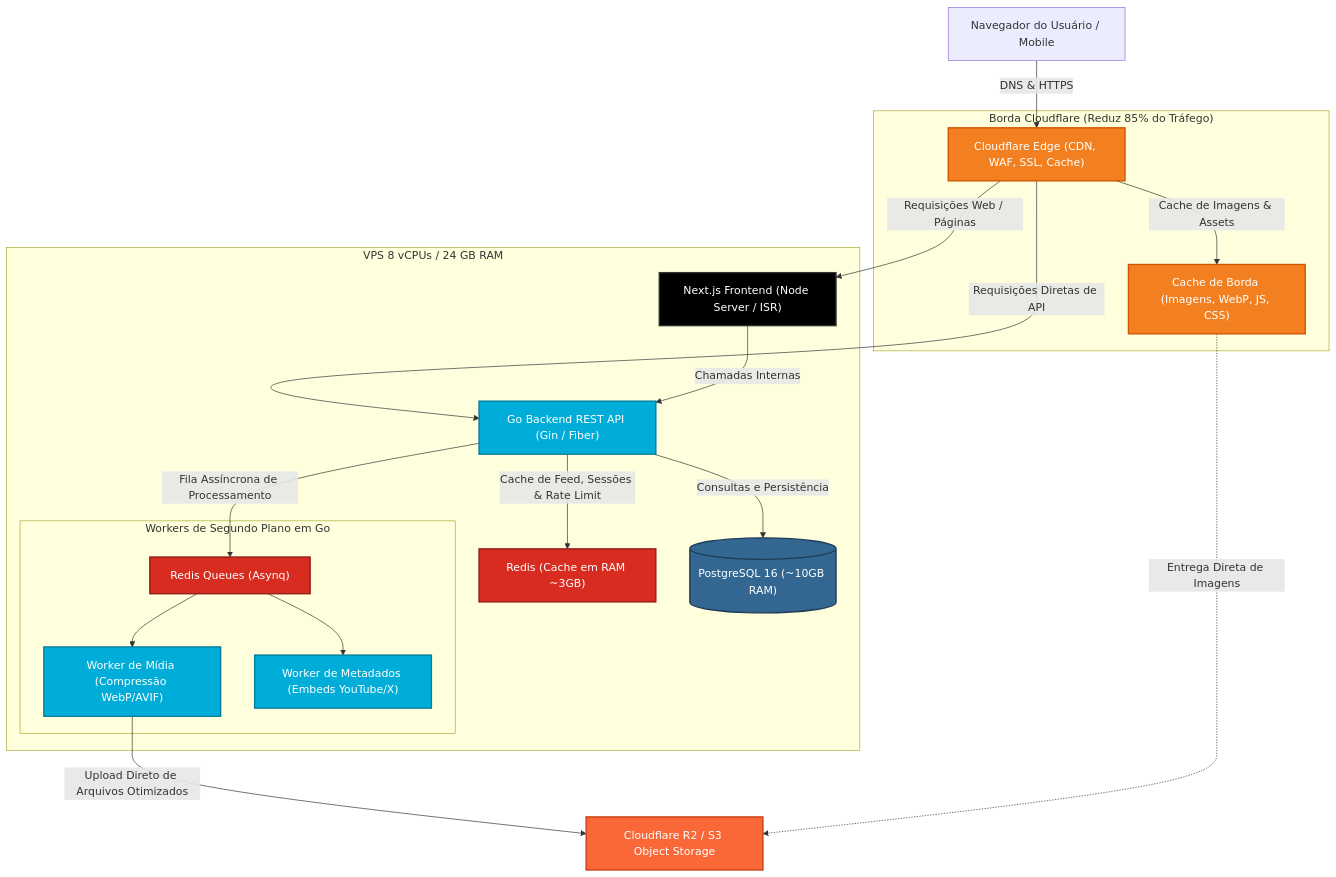
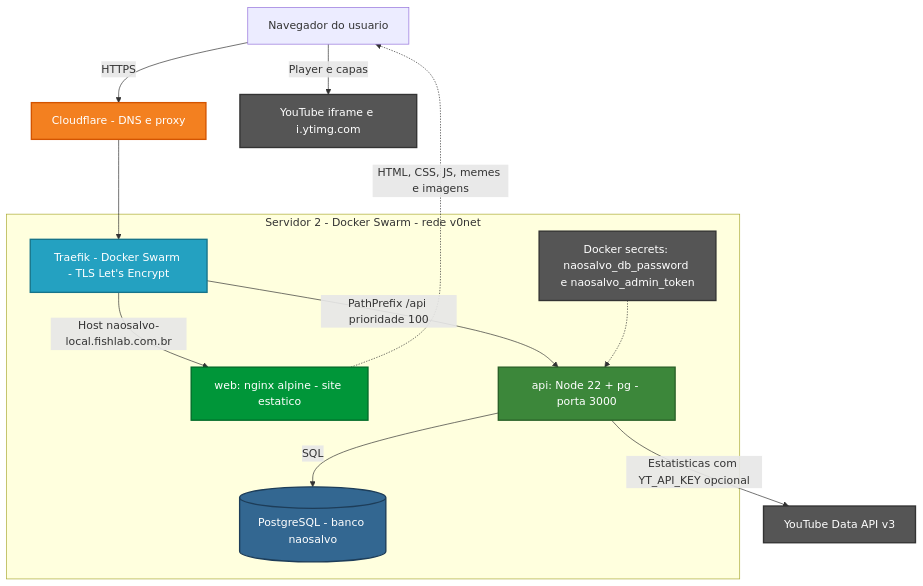
One commit to Subversivo011/xixa-2 changed the second of 6 diagrams in README.md. Above: the diagram before and after it, drawn with Mermaid. The commit also changed other lines of this file and 27 other files, not shown here.

````diff
--- a/README.md
+++ b/README.md
@@ -162,35 +215,23 @@
 ```mermaid
 flowchart TD
     classDef edge fill:#f38020,stroke:#d35400,stroke-width:2px,color:#fff;
-    classDef front fill:#000000,stroke:#333333,stroke-width:2px,color:#fff;
-    classDef back fill:#00add8,stroke:#007d9c,stroke-width:2px,color:#fff;
+    classDef front fill:#009639,stroke:#006b28,stroke-width:2px,color:#fff;
+    classDef back fill:#3c873a,stroke:#2a6128,stroke-width:2px,color:#fff;
     classDef data fill:#336791,stroke:#1d3d59,stroke-width:2px,color:#fff;
-    classDef cache fill:#d82c20,stroke:#901d15,stroke-width:2px,color:#fff;
-    classDef store fill:#fa6838,stroke:#c43e11,stroke-width:2px,color:#fff;
+    classDef proxy fill:#24a1c1,stroke:#17748a,stroke-width:2px,color:#fff;
+    classDef ext fill:#555555,stroke:#333333,stroke-width:2px,color:#fff;
 
-    Client["Navegador do Usuário / Mobile"] -->|DNS & HTTPS| CF["Cloudflare Edge (CDN, WAF, SSL, Cache)"]:::edge
+    Client["Navegador do usuario"] -->|HTTPS| CF["Cloudflare - DNS e proxy"]:::edge
+    CF --> TR["Traefik - Docker Swarm - TLS Let's Encrypt"]:::proxy
 
-    subgraph CDN_Edge ["Borda Cloudflare (Reduz 85% do Tráfego)"]
-        CF -->|Cache de Imagens & Assets| StaticCache["Cache de Borda (Imagens, WebP, JS, CSS)"]:::edge
+    subgraph Servidor2 ["Servidor 2 - Docker Swarm - rede v0net"]
+        TR -->|Host naosalvo-local.fishlab.com.br| WEB["web: nginx alpine - site estatico"]:::front
+        TR -->|PathPrefix /api prioridade 100| API["api: Node 22 + pg - porta 3000"]:::back
+        API -->|SQL| PG[("PostgreSQL - banco naosalvo")]:::data
+        SEC["Docker secrets: naosalvo_db_password e naosalvo_admin_token"]:::ext -.-> API
     end
 
-    CF -->|Requisições Web / Páginas| NextApp["Next.js Frontend (Node Server / ISR)"]:::front
-    CF -->|Requisições Diretas de API| GoAPI["Go Backend REST API (Gin / Fiber)"]:::back
-
-    subgraph Servidor_VPS ["VPS 8 vCPUs / 24 GB RAM"]
-        NextApp -->|Chamadas Internas| GoAPI
-
-        GoAPI -->|Cache de Feed, Sessões & Rate Limit| RedisCache["Redis (Cache em RAM ~3GB)"]:::cache
-        GoAPI -->|Fila Assíncrona de Processamento| RedisQueue["Redis Queues (Asynq)"]:::cache
-        
-        GoAPI -->|Consultas e Persistência| Postgres[("PostgreSQL 16 (~10GB RAM)")]:::data
-
-        subgraph Workers_Background ["Workers de Segundo Plano em Go"]
-            RedisQueue --> MediaWorker["Worker de Mídia (Compressão WebP/AVIF)"]:::back
-            RedisQueue --> SyncWorker["Worker de Metadados (Embeds YouTube/X)"]:::back
-        end
-    end
-
-    MediaWorker -->|Upload Direto de Arquivos Otimizados| R2["Cloudflare R2 / S3 Object Storage"]:::store
-    StaticCache -.->|Entrega Direta de Imagens| R2
+    WEB -.->|HTML, CSS, JS, memes e imagens| Client
+    Client -->|Player e capas| YT["YouTube iframe e i.ytimg.com"]:::ext
+    API -->|Estatisticas com YT_API_KEY opcional| YTAPI["YouTube Data API v3"]:::ext
 ```
````
